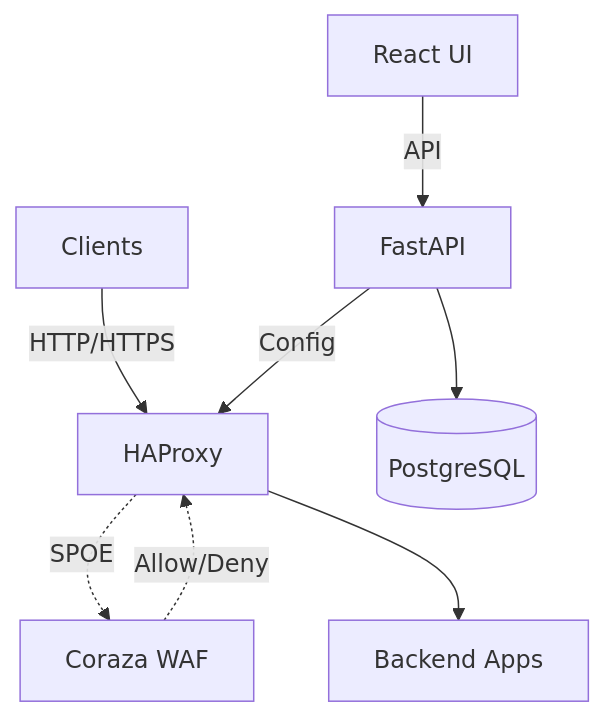
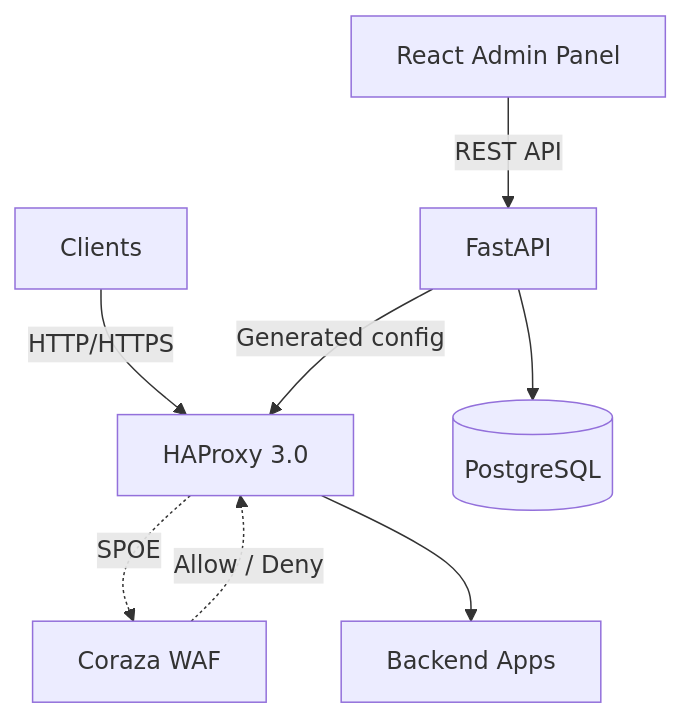
One commit to bihius/guard-proxy changed the diagram in README.md. Above: the diagram before and after it, drawn with Mermaid. The commit also changed other lines of this file, not shown here.

````diff
--- a/README.md
+++ b/README.md
@@ -30,11 +13,11 @@
 ```mermaid
 graph TB
-    C[Clients] -->|HTTP/HTTPS| H[HAProxy]
+    C[Clients] -->|HTTP/HTTPS| H[HAProxy 3.0]
     H -.->|SPOE| CS[Coraza WAF]
-    CS -.->|Allow/Deny| H
+    CS -.->|Allow / Deny| H
     H --> APP[Backend Apps]
 
-    FE[React UI] -->|API| BE[FastAPI]
-    BE -->|Config| H
+    FE[React Admin Panel] -->|REST API| BE[FastAPI]
+    BE -->|Generated config| H
     BE --> DB[(PostgreSQL)]
 ```
````
